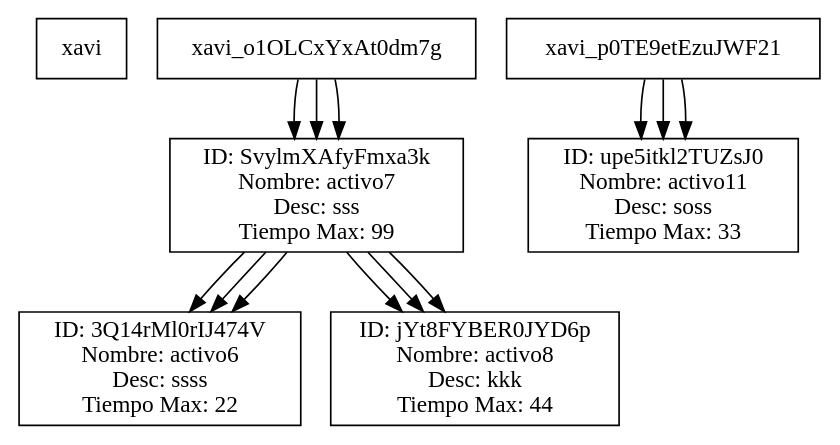
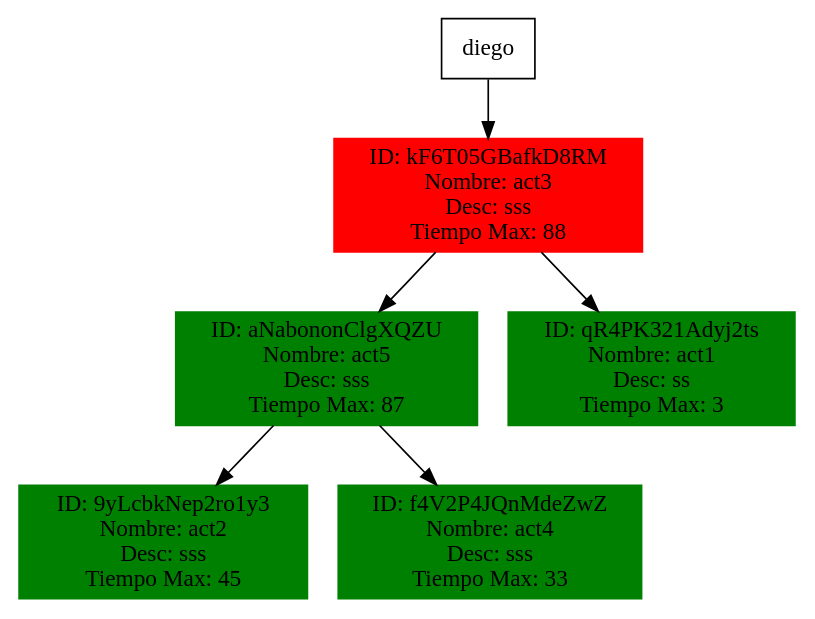
Before and after one commit to DavidVelasquez77/EDD_PROYECTO1: the diagram in output/reporte_activos_departamento.dot, drawn with Graphviz. The commit also changed 3 other files, not shown here.

```diff
--- a/output/reporte_activos_departamento.dot
+++ b/output/reporte_activos_departamento.dot
@@ -1,31 +1,15 @@
 digraph ArbolActivos {
     node [shape=rectangle];
     rankdir=TB;
-    "xavi" [label="xavi"];
-    "xavi_SvylmXAfyFmxa3k" [label="ID: SvylmXAfyFmxa3k\nNombre: activo7\nDesc: sss\nTiempo Max: 99"];
-    "xavi_o1OLCxYxAt0dm7g" -> "xavi_SvylmXAfyFmxa3k";
-    "xavi_3Q14rMl0rIJ474V" [label="ID: 3Q14rMl0rIJ474V\nNombre: activo6\nDesc: ssss\nTiempo Max: 22"];
-    "xavi_SvylmXAfyFmxa3k" -> "xavi_3Q14rMl0rIJ474V";
-    "xavi_jYt8FYBER0JYD6p" [label="ID: jYt8FYBER0JYD6p\nNombre: activo8\nDesc: kkk\nTiempo Max: 44"];
-    "xavi_SvylmXAfyFmxa3k" -> "xavi_jYt8FYBER0JYD6p";
-    "xavi_upe5itkl2TUZsJ0" [label="ID: upe5itkl2TUZsJ0\nNombre: activo11\nDesc: soss\nTiempo Max: 33"];
-    "xavi_p0TE9etEzuJWF21" -> "xavi_upe5itkl2TUZsJ0";
-    "xavi" [label="xavi"];
-    "xavi_SvylmXAfyFmxa3k" [label="ID: SvylmXAfyFmxa3k\nNombre: activo7\nDesc: sss\nTiempo Max: 99"];
-    "xavi_o1OLCxYxAt0dm7g" -> "xavi_SvylmXAfyFmxa3k";
-    "xavi_3Q14rMl0rIJ474V" [label="ID: 3Q14rMl0rIJ474V\nNombre: activo6\nDesc: ssss\nTiempo Max: 22"];
-    "xavi_SvylmXAfyFmxa3k" -> "xavi_3Q14rMl0rIJ474V";
-    "xavi_jYt8FYBER0JYD6p" [label="ID: jYt8FYBER0JYD6p\nNombre: activo8\nDesc: kkk\nTiempo Max: 44"];
-    "xavi_SvylmXAfyFmxa3k" -> "xavi_jYt8FYBER0JYD6p";
-    "xavi_upe5itkl2TUZsJ0" [label="ID: upe5itkl2TUZsJ0\nNombre: activo11\nDesc: soss\nTiempo Max: 33"];
-    "xavi_p0TE9etEzuJWF21" -> "xavi_upe5itkl2TUZsJ0";
-    "xavi" [label="xavi"];
-    "xavi_SvylmXAfyFmxa3k" [label="ID: SvylmXAfyFmxa3k\nNombre: activo7\nDesc: sss\nTiempo Max: 99"];
-    "xavi_o1OLCxYxAt0dm7g" -> "xavi_SvylmXAfyFmxa3k";
-    "xavi_3Q14rMl0rIJ474V" [label="ID: 3Q14rMl0rIJ474V\nNombre: activo6\nDesc: ssss\nTiempo Max: 22"];
-    "xavi_SvylmXAfyFmxa3k" -> "xavi_3Q14rMl0rIJ474V";
-    "xavi_jYt8FYBER0JYD6p" [label="ID: jYt8FYBER0JYD6p\nNombre: activo8\nDesc: kkk\nTiempo Max: 44"];
-    "xavi_SvylmXAfyFmxa3k" -> "xavi_jYt8FYBER0JYD6p";
-    "xavi_upe5itkl2TUZsJ0" [label="ID: upe5itkl2TUZsJ0\nNombre: activo11\nDesc: soss\nTiempo Max: 33"];
-    "xavi_p0TE9etEzuJWF21" -> "xavi_upe5itkl2TUZsJ0";
+    "diego" [label="diego"];
+    "diego_kF6T05GBafkD8RM" [label="ID: kF6T05GBafkD8RM\nNombre: act3\nDesc: sss\nTiempo Max: 88", color="red", style=filled, fillcolor="red"];
+    "diego" -> "diego_kF6T05GBafkD8RM";
+    "diego_aNabononClgXQZU" [label="ID: aNabononClgXQZU\nNombre: act5\nDesc: sss\nTiempo Max: 87", color="green", style=filled, fillcolor="green"];
+    "diego_kF6T05GBafkD8RM" -> "diego_aNabononClgXQZU";
+    "diego_9yLcbkNep2ro1y3" [label="ID: 9yLcbkNep2ro1y3\nNombre: act2\nDesc: sss\nTiempo Max: 45", color="green", style=filled, fillcolor="green"];
+    "diego_aNabononClgXQZU" -> "diego_9yLcbkNep2ro1y3";
+    "diego_f4V2P4JQnMdeZwZ" [label="ID: f4V2P4JQnMdeZwZ\nNombre: act4\nDesc: sss\nTiempo Max: 33", color="green", style=filled, fillcolor="green"];
+    "diego_aNabononClgXQZU" -> "diego_f4V2P4JQnMdeZwZ";
+    "diego_qR4PK321Adyj2ts" [label="ID: qR4PK321Adyj2ts\nNombre: act1\nDesc: ss\nTiempo Max: 3", color="green", style=filled, fillcolor="green"];
+    "diego_kF6T05GBafkD8RM" -> "diego_qR4PK321Adyj2ts";
 }
```
